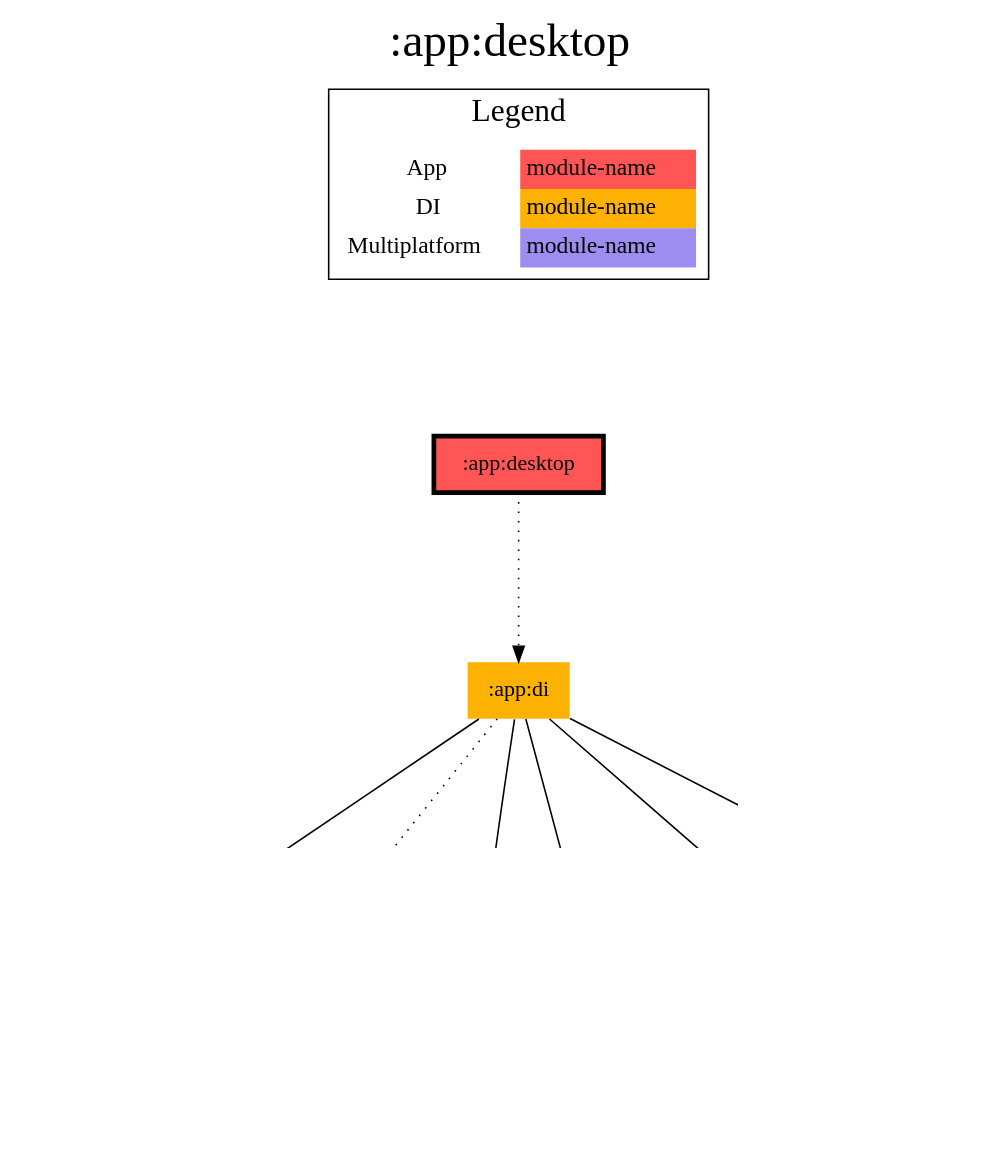
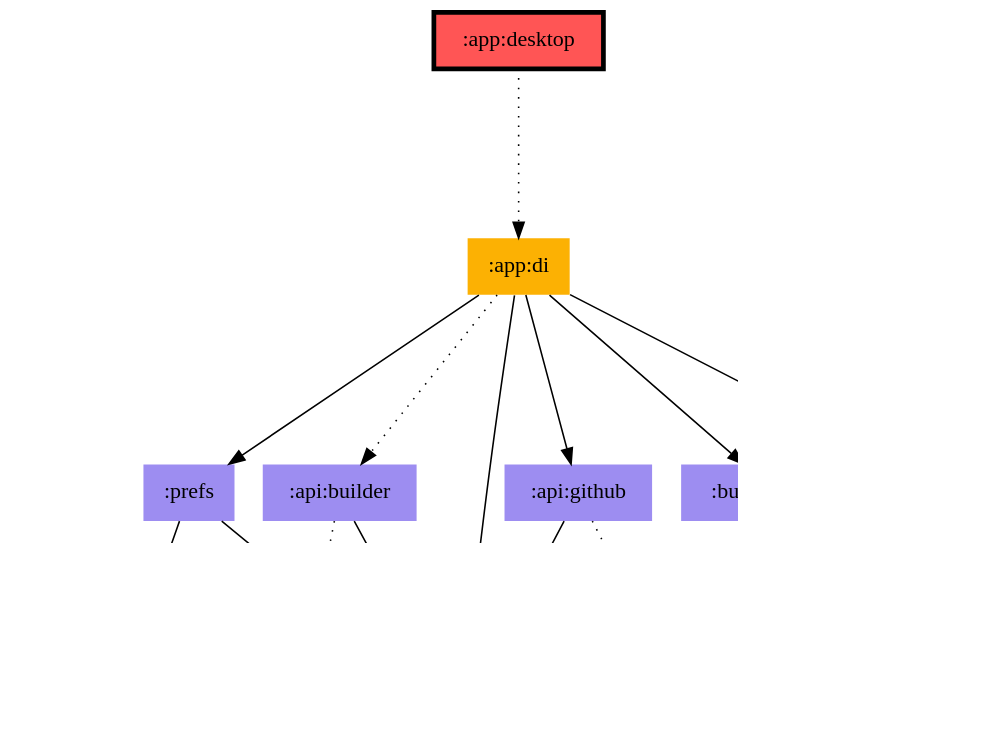
Before and after one commit to jonapoul/aktual: the diagram in app/desktop/modules.dot, drawn with Graphviz. The commit also changed 96 other files, not shown here.

First line of the commit message:
Rework diagram generation (#465)

```diff
--- a/app/desktop/modules.dot
+++ b/app/desktop/modules.dot
@@ -1,45 +1,29 @@
 digraph {
 edge ["dir"="forward"]
-graph ["dpi"="100","label"=":app:desktop","labelloc"="t","fontsize"="30","ranksep"="1.5","rankdir"="TB"]
+graph ["dpi"="100","fontsize"="30","ranksep"="1.5","rankdir"="TB"]
 node ["style"="filled"]
 ":account:model" ["fillcolor"="#9D8DF1","shape"="none"]
 ":api:builder" ["fillcolor"="#9D8DF1","shape"="none"]
 ":api:github" ["fillcolor"="#9D8DF1","shape"="none"]
 ":app:desktop" ["fillcolor"="#FF5555","color"="black","penwidth"="3","shape"="box"]
 ":app:di" ["fillcolor"="#FCB103","shape"="none"]
 ":budget:model" ["fillcolor"="#9D8DF1","shape"="none"]
 ":codegen:annotation" ["fillcolor"="#9D8DF1","shape"="none"]
 ":core:di" ["fillcolor"="#FCB103","shape"="none"]
 ":core:model" ["fillcolor"="#9D8DF1","shape"="none"]
 ":logging" ["fillcolor"="#9D8DF1","shape"="none"]
 ":prefs" ["fillcolor"="#9D8DF1","shape"="none"]
-{
-edge ["dir"="none"]
-graph ["rank"="same"]
-":app:desktop"
-}
 ":api:builder" -> ":core:model"
 ":api:builder" -> ":logging" ["style"="dotted"]
 ":api:github" -> ":codegen:annotation" ["style"="dotted"]
 ":api:github" -> ":core:model"
 ":app:desktop" -> ":app:di" ["style"="dotted"]
 ":app:di" -> ":api:builder" ["style"="dotted"]
 ":app:di" -> ":api:github"
 ":app:di" -> ":budget:model"
 ":app:di" -> ":core:di"
 ":app:di" -> ":core:model"
 ":app:di" -> ":prefs"
 ":prefs" -> ":account:model"
 ":prefs" -> ":core:model"
-subgraph "cluster_legend" {
-edge ["dir"="none"]
-graph ["label"="Legend","fontsize"="20"]
-"Legend" ["style"="filled","fillcolor"="#FFFFFF","shape"="none","margin"="0","fontsize"="15","label"=<
-<TABLE BORDER="0" CELLBORDER="0" CELLSPACING="0" CELLPADDING="4">
-<TR><TD>App</TD><TD BGCOLOR="#FF5555">module-name</TD></TR>
-<TR><TD>DI</TD><TD BGCOLOR="#FCB103">module-name</TD></TR>
-<TR><TD>Multiplatform</TD><TD BGCOLOR="#9D8DF1">module-name</TD></TR>
-</TABLE>
->]
-} -> ":app:desktop" ["style"="invis"]
 }
```
